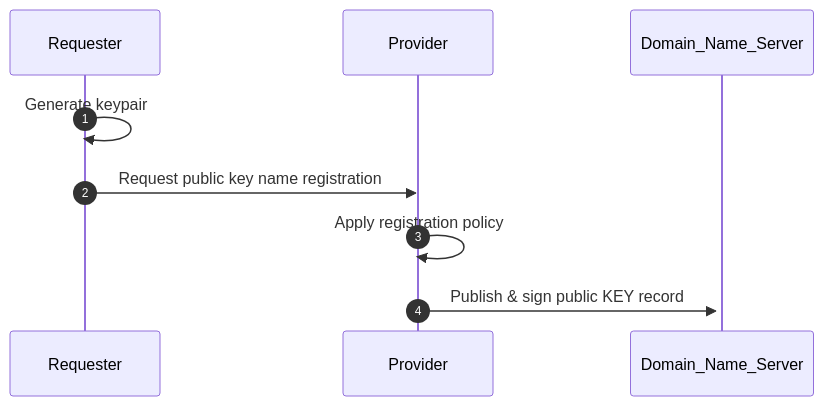
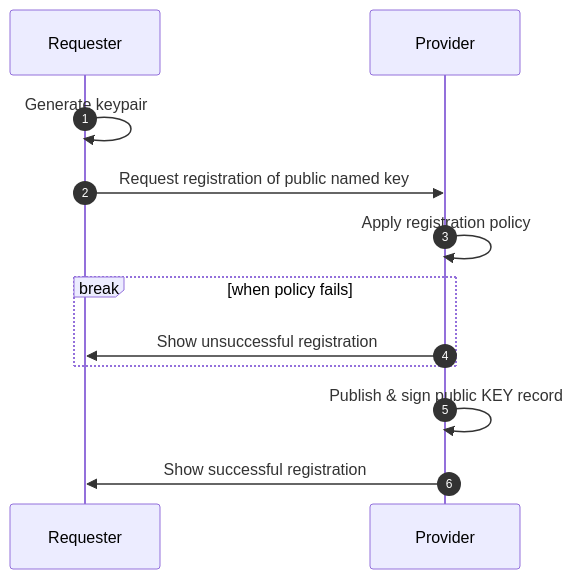
Before and after one commit to NetworkCommons/sig0namectl: the first of 2 diagrams in README.md, drawn with Mermaid.

Commit message:
adds improved named key registration mermaid diagram

````diff
--- a/README.md
+++ b/README.md
@@ -64,12 +64,15 @@
 ```mermaid
 sequenceDiagram
 autonumber
-  participant U as Requester
+  participant R as Requester
   participant P as Provider
-  participant S as Domain_Name_Server
 
-  U->>U: Generate keypair
-  U->>P: Request public key name registration 
+  R->>R: Generate keypair
+  R->>P: Request registration of public named key
   P->>P: Apply registration policy
-  P->>+S: Publish & sign public KEY record
+  break when policy fails
+    P->>R: Show unsuccessful registration
+  end
+  P->>+P: Publish & sign public KEY record
+  P->>R: Show successful registration
 ```
````
